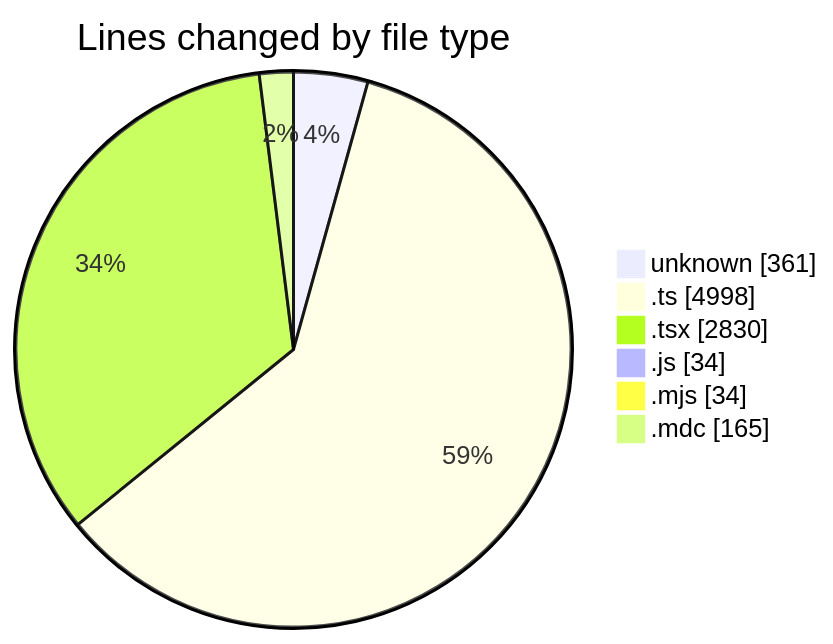
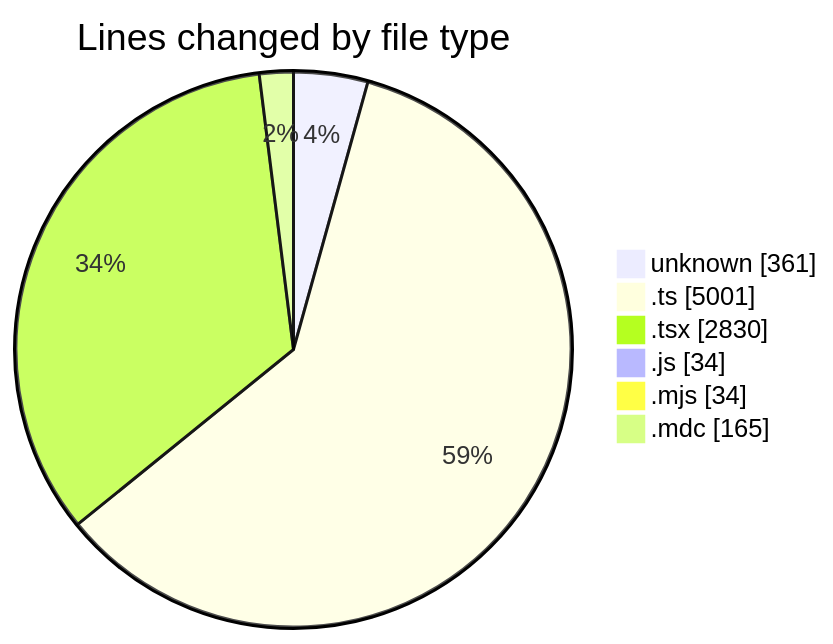
Before and after one commit to CELIANVF/code-tracking: the first of 2 diagrams in 2025-06-13/ecodeli-1/README.md, drawn with Mermaid. The commit also changed other lines of this file and 1 other file, not shown here.

````diff
--- a/2025-06-13/ecodeli-1/README.md
+++ b/2025-06-13/ecodeli-1/README.md
@@ -33,10 +33,10 @@
 ```mermaid
 pie showData
 title Lines changed by file type
 "unknown" : 361
-".ts" : 4998
+".ts" : 5001
 ".tsx" : 2830
 ".js" : 34
 ".mjs" : 34
 ".mdc" : 165
 ```
````
